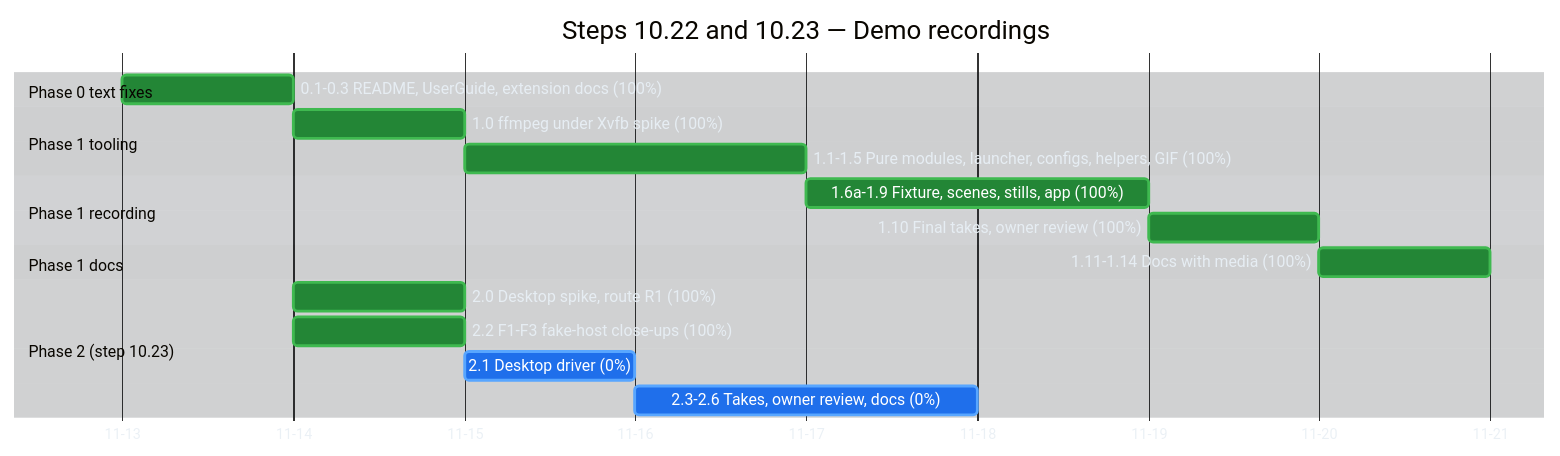
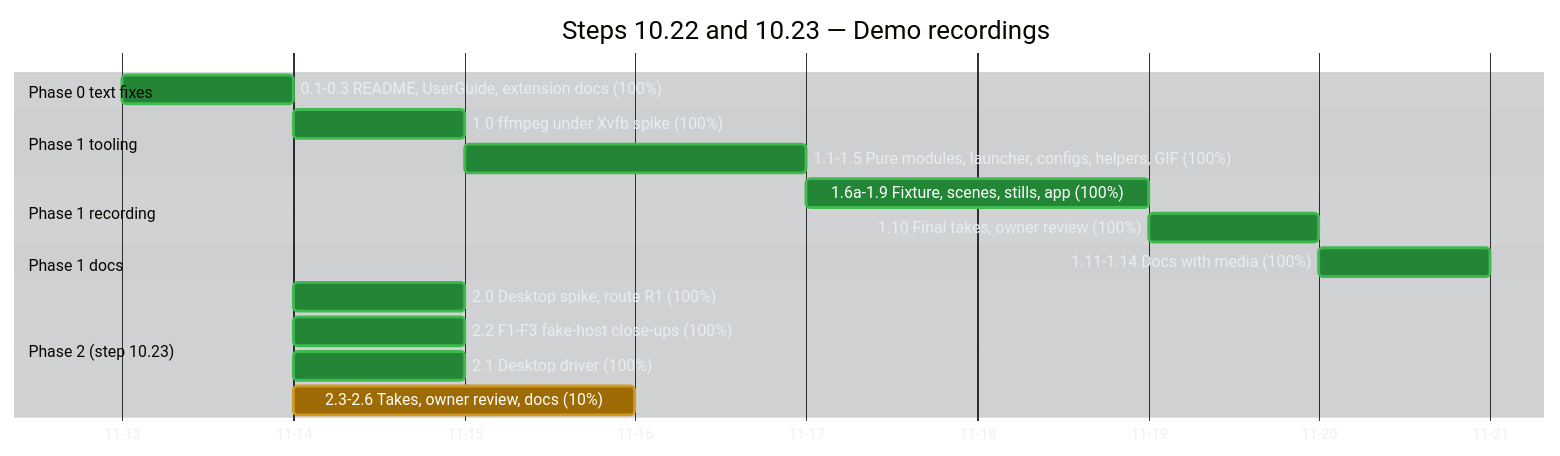
The second of 5 diagrams in docs/implementation-plan-gantt.md (raulkivi/agent-cost-analyzer), drawn with Mermaid before and after one commit. The commit also changed other lines of this file and 1 other file, not shown here.

Commit message:
docs(10.23): 2.1 merged, first live M1 takes

````diff
--- a/docs/implementation-plan-gantt.md
+++ b/docs/implementation-plan-gantt.md
@@ -139,54 +139,54 @@
 ```mermaid
 %%{init: {
   "theme": "base",
   "themeVariables": {
     "darkMode": true,
     "background": "#0d1117",
     "textColor": "#e6edf3",
     "primaryTextColor": "#e6edf3",
     "lineColor": "#8b949e",
     "sectionBkgColor": "#161b22",
     "sectionBkgColor2": "#1c2129",
     "altSectionBkgColor": "#0d1117",
     "gridColor": "#30363d",
     "excludeBkgColor": "#161b22",
     "todayLineColor": "#f85149",
     "taskBkgColor": "#1f6feb",
     "taskBorderColor": "#58a6ff",
     "taskTextColor": "#ffffff",
     "taskTextLightColor": "#ffffff",
     "taskTextDarkColor": "#ffffff",
     "taskTextOutsideColor": "#e6edf3",
     "doneTaskBkgColor": "#238636",
     "doneTaskBorderColor": "#3fb950",
     "activeTaskBkgColor": "#9e6a03",
     "activeTaskBorderColor": "#d29922",
     "critBkgColor": "#da3633",
     "critBorderColor": "#f85149"
   }
 }}%%
 gantt
     title Steps 10.22 and 10.23 — Demo recordings
     dateFormat YYYY-MM-DD
     axisFormat %m-%d
 
     section Phase 0 text fixes
     0.1-0.3 README, UserGuide, extension docs (100%) :done, d0, 2026-11-13, 1d
 
     section Phase 1 tooling
     1.0 ffmpeg under Xvfb spike (100%)              :done, d10, after d0, 1d
     1.1-1.5 Pure modules, launcher, configs, helpers, GIF (100%) :done, d11, after d10, 2d
 
     section Phase 1 recording
     1.6a-1.9 Fixture, scenes, stills, app (100%)    :done, d16, after d11, 2d
     1.10 Final takes, owner review (100%)          :done, d110, after d16, 1d
 
     section Phase 1 docs
     1.11-1.14 Docs with media (100%)               :done, d111, after d110, 1d
 
     section Phase 2 (step 10.23)
     2.0 Desktop spike, route R1 (100%)              :done, d20, 2026-11-14, 1d
     2.2 F1-F3 fake-host close-ups (100%)            :done, d22, 2026-11-14, 1d
-    2.1 Desktop driver (0%)                          :d21, after d20, 1d
-    2.3-2.6 Takes, owner review, docs (0%)           :d23, after d21, 2d
+    2.1 Desktop driver (100%)                        :done, d21, 2026-11-14, 1d
+    2.3-2.6 Takes, owner review, docs (10%)          :active, d23, 2026-11-14, 2d
 ```
````
